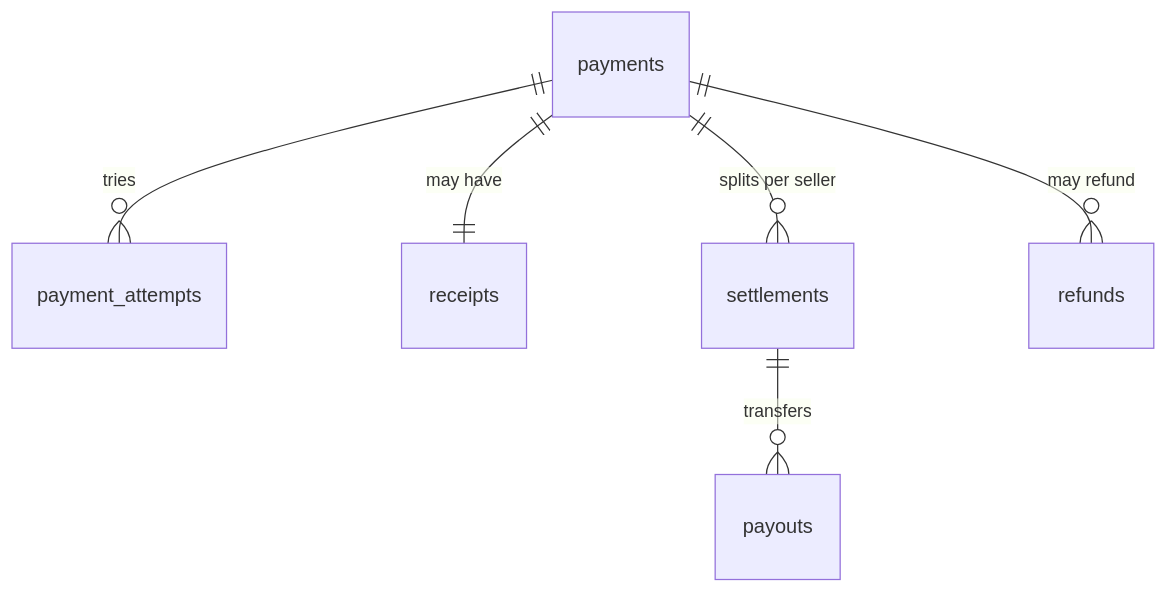
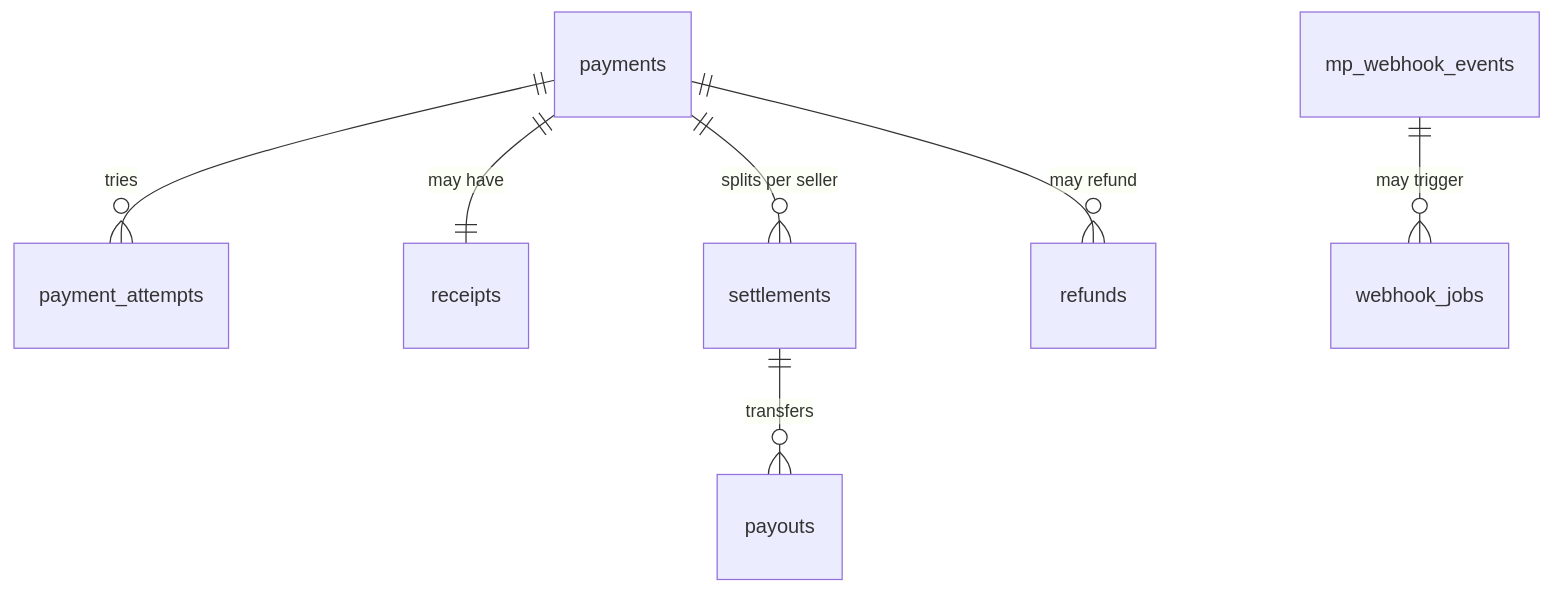
One commit to IAW-2026/proyecto-c-payments-bicimarket changed the fourth of 4 diagrams in documentacion/04-modelo-de-datos.md. Above: the diagram before and after it, drawn with Mermaid. The commit also changed other lines of this file and 6 other files, not shown here.

````diff
--- a/documentacion/04-modelo-de-datos.md
+++ b/documentacion/04-modelo-de-datos.md
@@ -541,8 +558,9 @@
 ```mermaid
 erDiagram
     payments ||--o{ payment_attempts : tries
     payments ||--|| receipts : "may have"
     payments ||--o{ settlements : "splits per seller"
     settlements ||--o{ payouts : "transfers"
     payments ||--o{ refunds : "may refund"
+    mp_webhook_events ||--o{ webhook_jobs : "may trigger"
 ```
````
